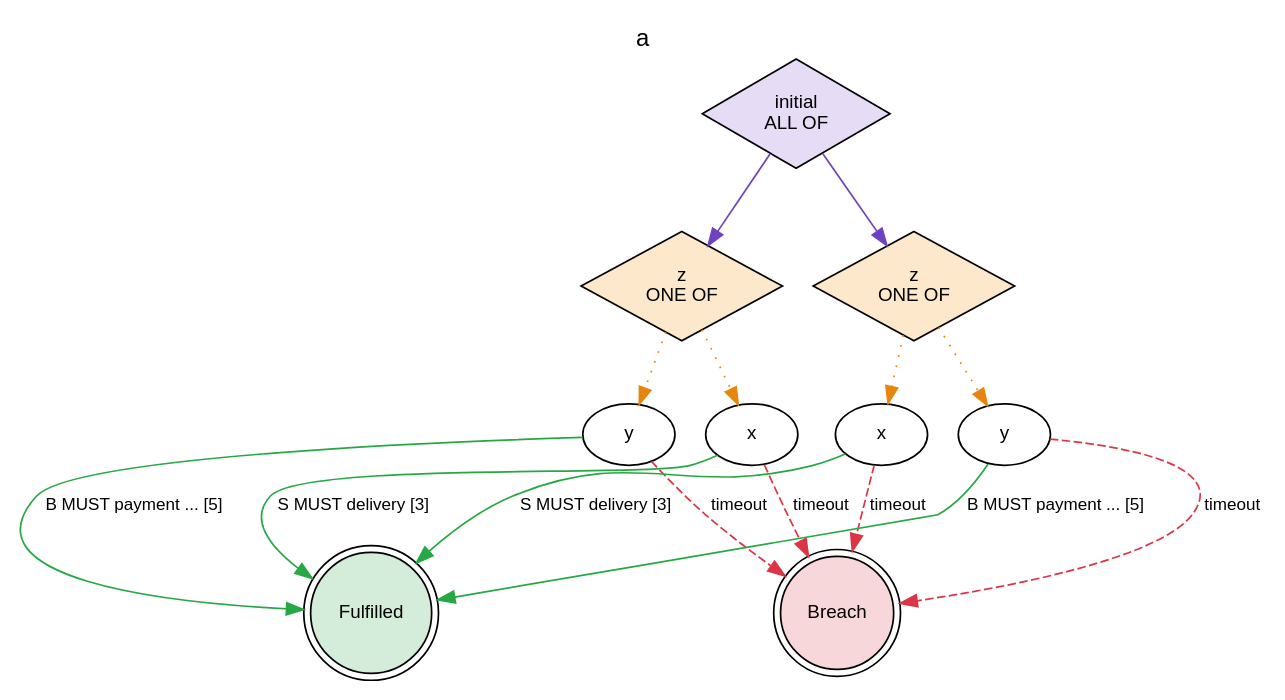
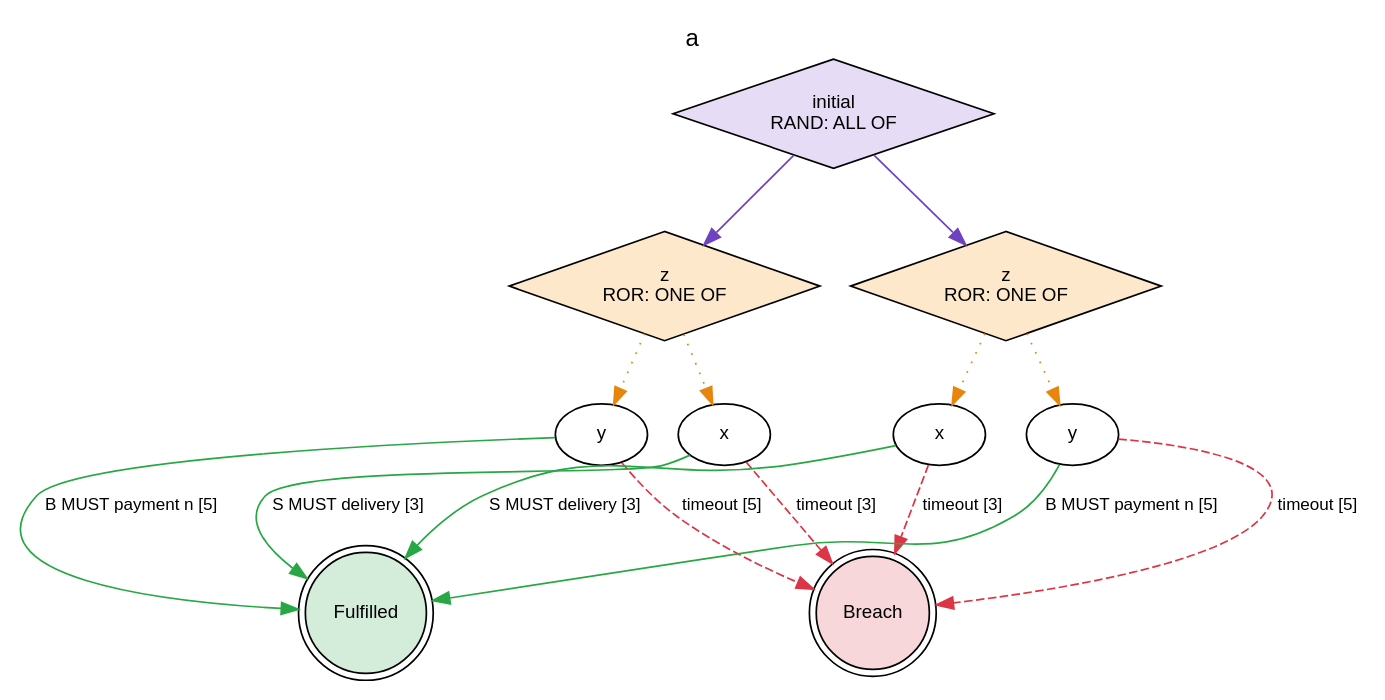
The diagram in jl4/examples/state-graphs/a.dot (legalese/l4-ide), drawn with Graphviz before and after one commit. The commit also changed 93 other files, not shown here.

```diff
--- a/jl4/examples/state-graphs/a.dot
+++ b/jl4/examples/state-graphs/a.dot
@@ -1,98 +1,98 @@
 digraph {
     graph [rankdir=TB
           ,label=a
           ,labelloc=t
           ,fontname=Helvetica
           ,fontsize=14];
     node [fontname=Helvetica
          ,fontsize=11];
     edge [fontname=Helvetica
          ,fontsize=10];
-    0 [label="initial\nALL OF"
+    0 [label="initial\nRAND: ALL OF"
       ,fillcolor=white
       ,style=filled
       ,shape=diamond
       ,fillcolor="#e6dcf5"];
-    1 [label="z\nONE OF"
+    1 [label="z\nROR: ONE OF"
       ,fillcolor=white
       ,style=filled
       ,shape=diamond
       ,fillcolor="#fde8cc"];
     2 [label=x
       ,fillcolor=white
       ,style=filled
       ,shape=ellipse
       ,fillcolor="#ffffff"];
     3 [label=Fulfilled
       ,fillcolor=white
       ,style=filled
       ,shape=doublecircle
       ,fillcolor="#d4edda"];
     4 [label=Breach
       ,fillcolor=white
       ,style=filled
       ,shape=doublecircle
       ,fillcolor="#f8d7da"];
     5 [label=y
       ,fillcolor=white
       ,style=filled
       ,shape=ellipse
       ,fillcolor="#ffffff"];
-    6 [label="z\nONE OF"
+    6 [label="z\nROR: ONE OF"
       ,fillcolor=white
       ,style=filled
       ,shape=diamond
       ,fillcolor="#fde8cc"];
     7 [label=x
       ,fillcolor=white
       ,style=filled
       ,shape=ellipse
       ,fillcolor="#ffffff"];
     8 [label=y
       ,fillcolor=white
       ,style=filled
       ,shape=ellipse
       ,fillcolor="#ffffff"];
     0 -> 1 [label=""
            ,color="#6f42c1"
            ,style=solid];
     0 -> 6 [label=""
            ,color="#6f42c1"
            ,style=solid];
     1 -> 2 [label=""
            ,color="#e8850c"
            ,style=dotted];
     1 -> 5 [label=""
            ,color="#e8850c"
            ,style=dotted];
     2 -> 3 [label="S MUST delivery [3]"
            ,color="#28a745"
            ,style=solid];
-    2 -> 4 [label=timeout
+    2 -> 4 [label="timeout [3]"
            ,color="#dc3545"
            ,style=dashed];
-    5 -> 3 [label="B MUST payment ... [5]"
+    5 -> 3 [label="B MUST payment n [5]"
            ,color="#28a745"
            ,style=solid];
-    5 -> 4 [label=timeout
+    5 -> 4 [label="timeout [5]"
            ,color="#dc3545"
            ,style=dashed];
     6 -> 7 [label=""
            ,color="#e8850c"
            ,style=dotted];
     6 -> 8 [label=""
            ,color="#e8850c"
            ,style=dotted];
     7 -> 3 [label="S MUST delivery [3]"
            ,color="#28a745"
            ,style=solid];
-    7 -> 4 [label=timeout
+    7 -> 4 [label="timeout [3]"
            ,color="#dc3545"
            ,style=dashed];
-    8 -> 3 [label="B MUST payment ... [5]"
+    8 -> 3 [label="B MUST payment n [5]"
            ,color="#28a745"
            ,style=solid];
-    8 -> 4 [label=timeout
+    8 -> 4 [label="timeout [5]"
            ,color="#dc3545"
            ,style=dashed];
 }
```
